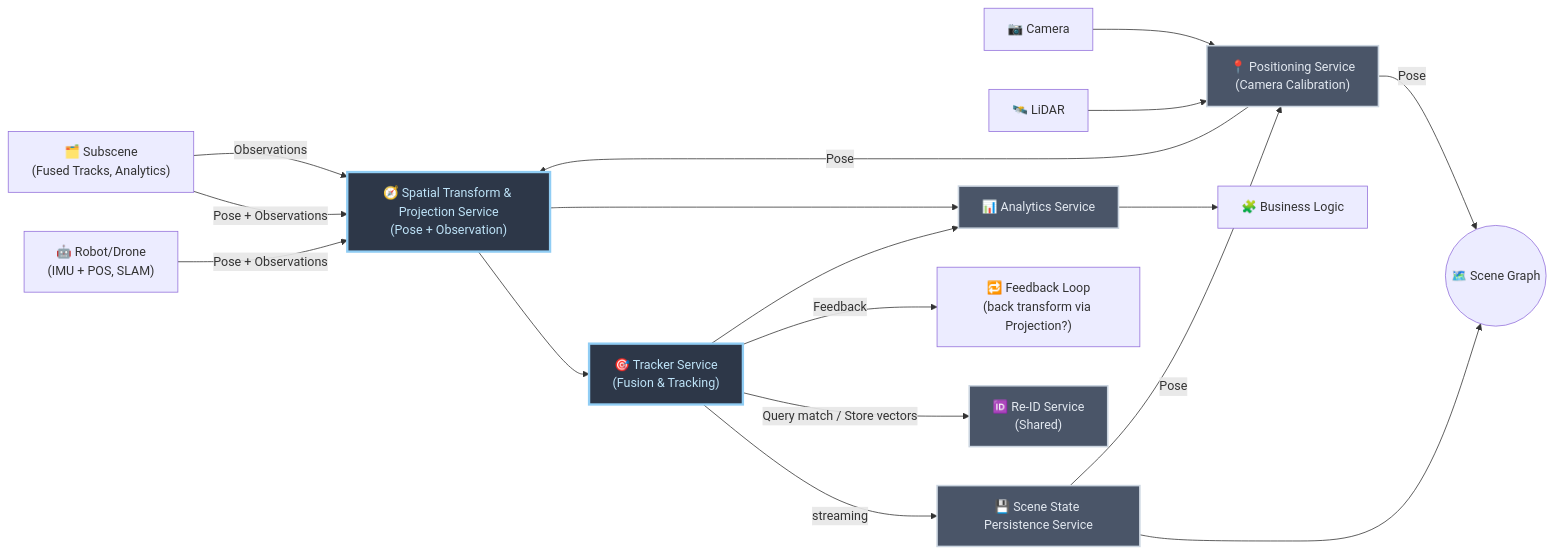
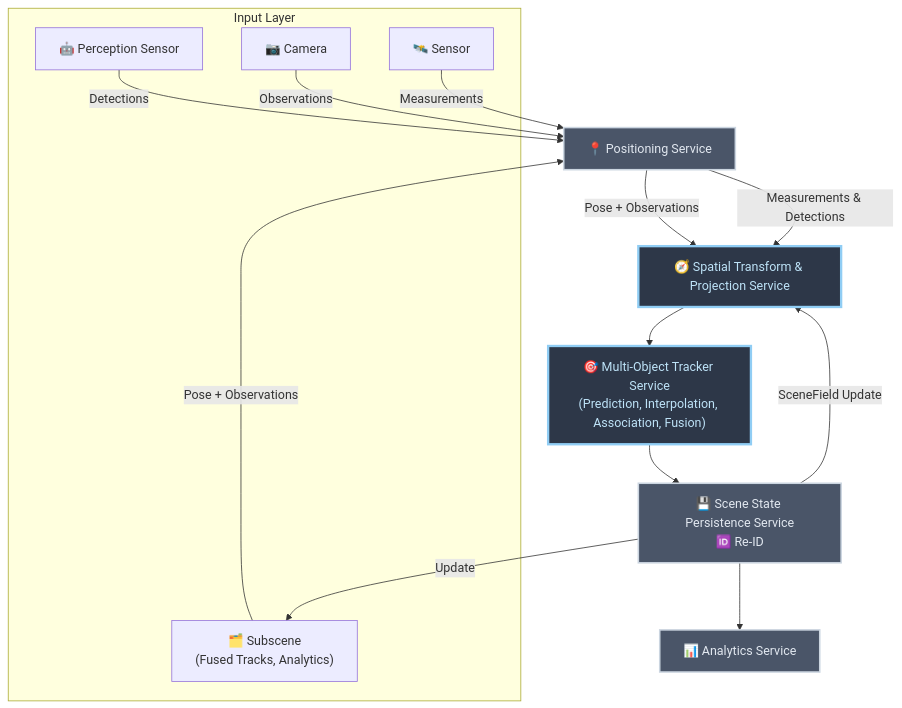
One commit to open-edge-platform/scenescape changed the second of 2 diagrams in docs/adr/0013-controller-breakdown-microservices.md. Above: the diagram before and after it, drawn with Mermaid.

Commit message:
Diagram updated

````diff
--- a/docs/adr/0013-controller-breakdown-microservices.md
+++ b/docs/adr/0013-controller-breakdown-microservices.md
@@ -156,49 +156,38 @@
 ```mermaid
-flowchart LR
+flowchart TD
   %% Data sources
-  Robot["🤖 Robot/Drone<br/>(IMU + POS, SLAM)"]
-  Subscene["🗂️ Subscene<br/>(Fused Tracks, Analytics)"]
-  Camera["📷 Camera"]
-  Lidar["🛰️ LiDAR"]
+  subgraph InputLayer["Input Layer"]
+    PerceptionSensor["🤖 Perception Sensor"]
+    Subscene["🗂️ Subscene<br/>(Fused Tracks, Analytics)"]
+    Camera["📷 Camera"]
+    Sensor["🛰️ Sensor"]
+  end
 
   %% Services
-  Positioning["📍 Positioning Service<br/>(Camera Calibration)"]
-  Transform["🧭 Spatial Transform &amp; Projection Service<br/>(Pose + Observation)"]
-  Tracker["🎯 Tracker Service<br/>(Fusion &amp; Tracking)"]
-  ReID["🆔 Re-ID Service<br/>(Shared)"]
-  Persistence["💾 Scene State Persistence Service"]
-  SceneGraph(("🗺️ Scene Graph"))
+  Positioning["📍 Positioning Service"]
+  Transform["🧭 Spatial Transform &amp; Projection Service"]
+  Tracker["🎯 Multi-Object Tracker Service<br/>(Prediction, Interpolation, Association, Fusion)"]
+  Persistence["💾 Scene State Persistence Service<br/>🆔 Re-ID"]
   Analytics["📊 Analytics Service"]
-  Business["🧩 Business Logic"]
-  Feedback["🔁 Feedback Loop<br/>(back transform via Projection?)"]
 
-  Robot -->|"Pose + Observations"| Transform
-  Subscene -->|"Pose + Observations"| Transform
-  Subscene -->|"Observations"| Transform
+  Subscene -->|"Pose + Observations"| Positioning 
+  Sensor -->|"Measurements"| Positioning 
+  PerceptionSensor -->|"Detections"| Positioning 
+  Camera -->|"Observations"| Positioning 
 
-  Camera --> Positioning
-  Lidar --> Positioning
-
-  Positioning -->|"Pose"| Transform
-  Positioning -->|"Pose"| SceneGraph
+  Positioning -->|"Pose + Observations"| Transform
+  Positioning -->|"Measurements & Detections"| Transform
 
   Transform --> Tracker
-  Transform --> Analytics
+  Tracker --> Persistence
+  Persistence -->|"SceneField Update"| Transform
+  Persistence -->|"Update"| Subscene
 
-  Tracker -->|"streaming"| Persistence
-  Tracker -->|"Query match / Store vectors"| ReID
-  Tracker -->|"Feedback"| Feedback
-
-  Persistence --> SceneGraph
-  Persistence -->|"Pose"| Positioning
-
-  Tracker --> Analytics
-  Analytics --> Business
+  Persistence --> Analytics
 
   style Tracker fill:#2d3748,stroke:#90cdf4,stroke-width:3px,color:#bee3f8
   style Transform fill:#2d3748,stroke:#90cdf4,stroke-width:3px,color:#bee3f8
   style Positioning fill:#4a5568,stroke:#cbd5e0,stroke-width:2px,color:#e2e8f0
-  style ReID fill:#4a5568,stroke:#cbd5e0,stroke-width:2px,color:#e2e8f0
   style Persistence fill:#4a5568,stroke:#cbd5e0,stroke-width:2px,color:#e2e8f0
   style Analytics fill:#4a5568,stroke:#cbd5e0,stroke-width:2px,color:#e2e8f0
 ```
````
